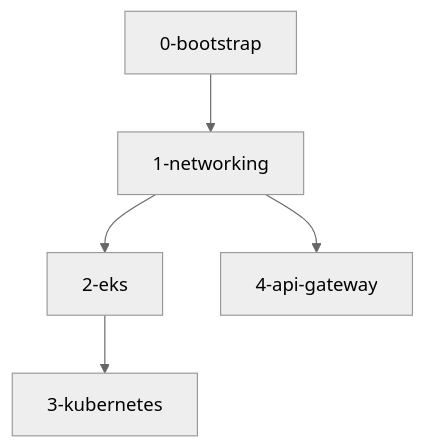
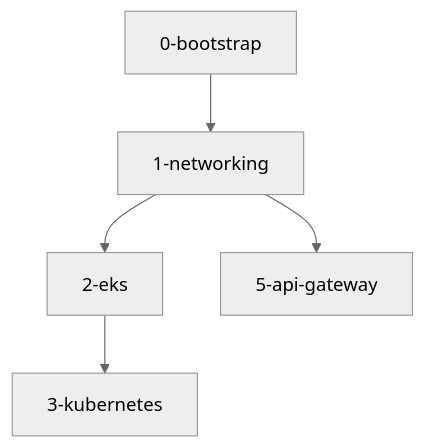
The diagram in README.md (grupo-140-fiap/soat_tech_challenge_fast_food_infra), drawn with Mermaid (neutral theme) before and after one commit. The commit also changed other lines of this file and 29 other files, not shown here.

````diff
--- a/README.md
+++ b/README.md
@@ -143,7 +143,7 @@
 ```mermaid
 graph TD
     A[0-bootstrap] --> B[1-networking]
     B --> C[2-eks]
     C --> D[3-kubernetes]
-    B --> E[4-api-gateway]
+    B --> E[5-api-gateway]
 ```
````
